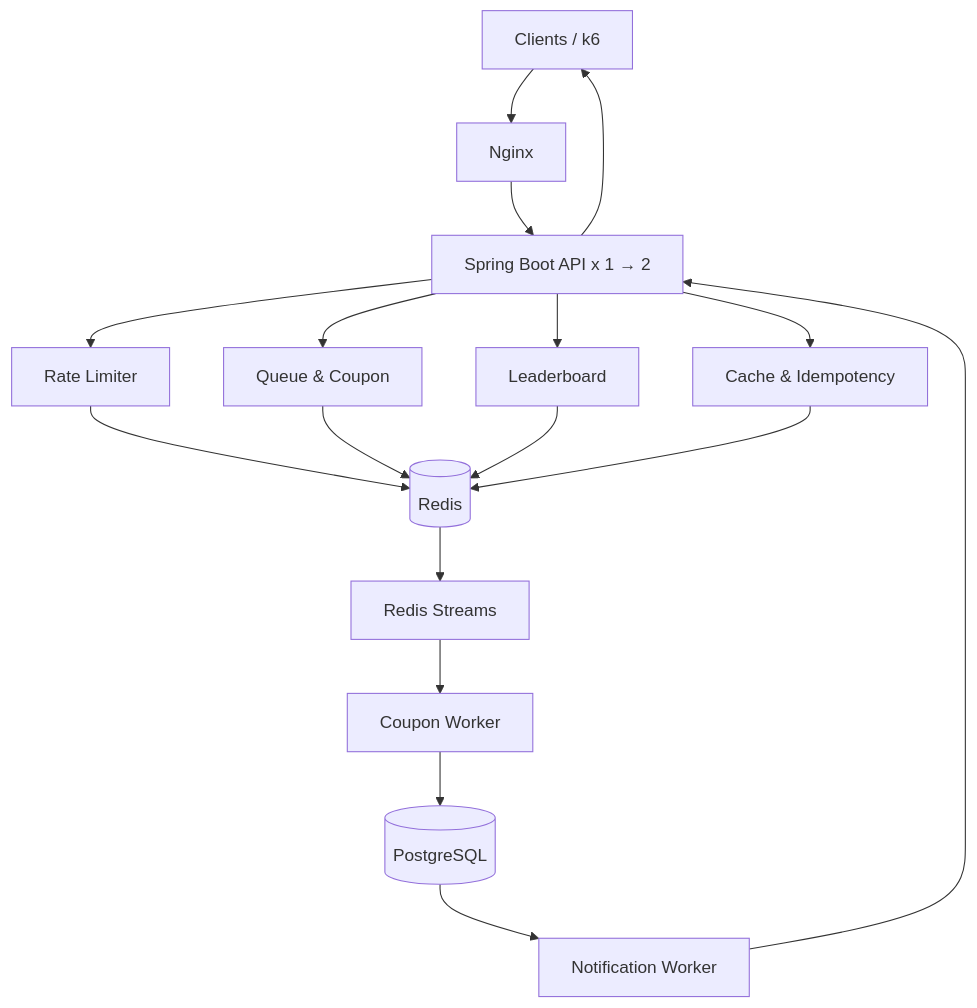
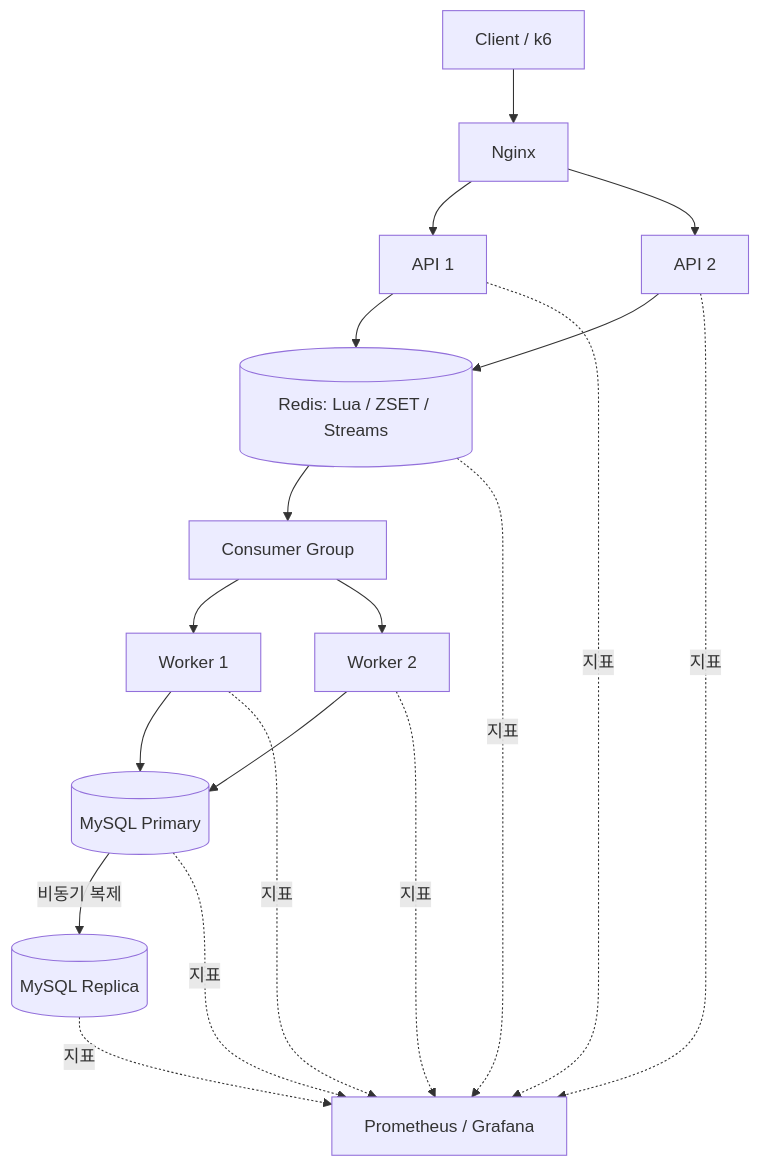
One commit to wisdom08/redis-event-platform changed the diagram in README.md. Above: the diagram before and after it, drawn with Mermaid. The commit also changed other lines of this file and 5 other files, not shown here.

````diff
--- a/README.md
+++ b/README.md
@@ -105,19 +112,21 @@
 ```mermaid
 flowchart TD
-    C[Clients / k6] --> N[Nginx]
-    N --> A[Spring Boot API x 1 → 2]
-    A --> RL[Rate Limiter]
-    A --> Q[Queue & Coupon]
-    A --> LB[Leaderboard]
-    A --> CA[Cache & Idempotency]
-    RL --> R[(Redis)]
-    Q --> R
-    LB --> R
-    CA --> R
-    R --> S[Redis Streams]
-    S --> W[Coupon Worker]
-    W --> DB[(PostgreSQL)]
-    DB --> NT[Notification Worker]
-    NT --> A
-    A --> C
+    C[Client / k6] --> N[Nginx]
+    N --> A1[API 1]
+    N --> A2[API 2]
+    A1 --> R[(Redis: Lua / ZSET / Streams)]
+    A2 --> R
+    R --> G[Consumer Group]
+    G --> W1[Worker 1]
+    G --> W2[Worker 2]
+    W1 --> DB[(MySQL Primary)]
+    W2 --> DB
+    DB -->|비동기 복제| RP[(MySQL Replica)]
+    A1 -. 지표 .-> M[Prometheus / Grafana]
+    A2 -. 지표 .-> M
+    W1 -. 지표 .-> M
+    W2 -. 지표 .-> M
+    R -. 지표 .-> M
+    DB -. 지표 .-> M
+    RP -. 지표 .-> M
 ```
````
